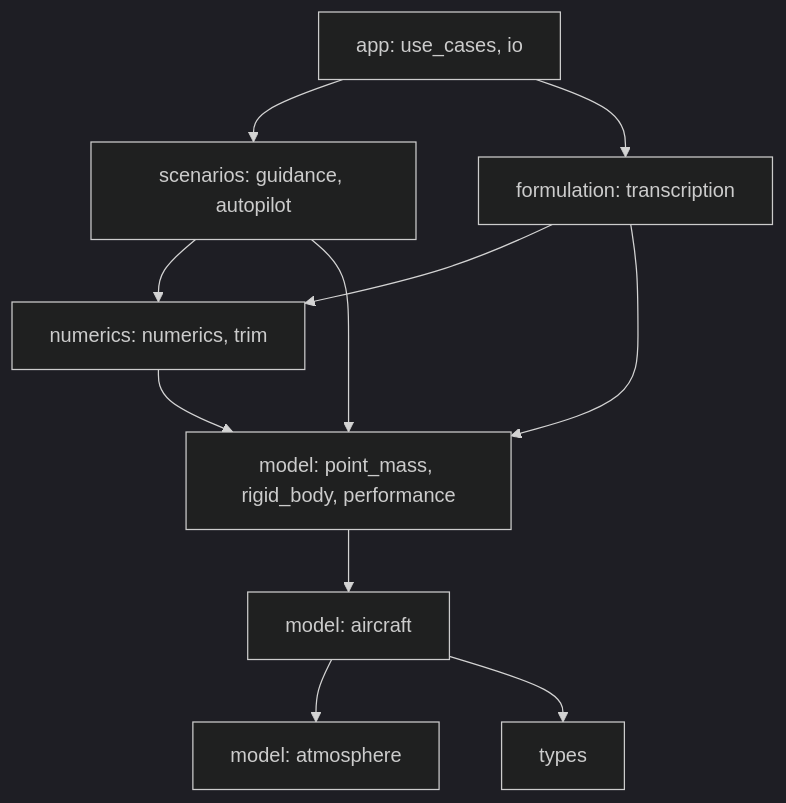
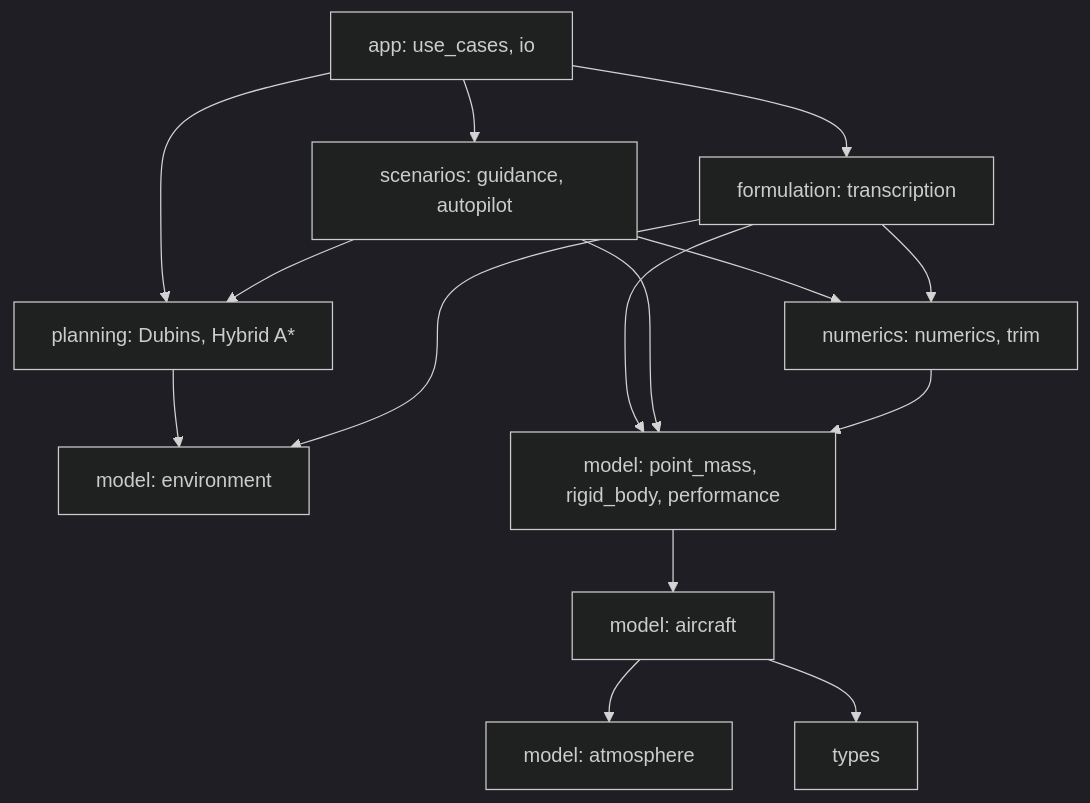
One commit to pablourioste/uavtraj-opt changed the diagram in docs/code/architecture.md. Above: the diagram before and after it, drawn with Mermaid (dark theme). The commit also changed other lines of this file and 26 other files, not shown here.

````diff
--- a/docs/code/architecture.md
+++ b/docs/code/architecture.md
@@ -7,13 +7,17 @@
 ```mermaid
 flowchart TD
     APP[app: use_cases, io] --> SCN[scenarios: guidance, autopilot]
+    APP --> PLN[planning: Dubins, Hybrid A*]
+    SCN --> PLN
+    PLN --> ENV[model: environment]
+    FORM --> ENV
     APP --> FORM[formulation: transcription]
     SCN --> NUM
     FORM --> NUM[numerics: numerics, trim]
     FORM --> MOD
     SCN --> MOD
     NUM --> MOD[model: point_mass, rigid_body, performance]
     MOD --> AC[model: aircraft]
     AC --> ATM[model: atmosphere]
     AC --> T[types]
 ```
````
